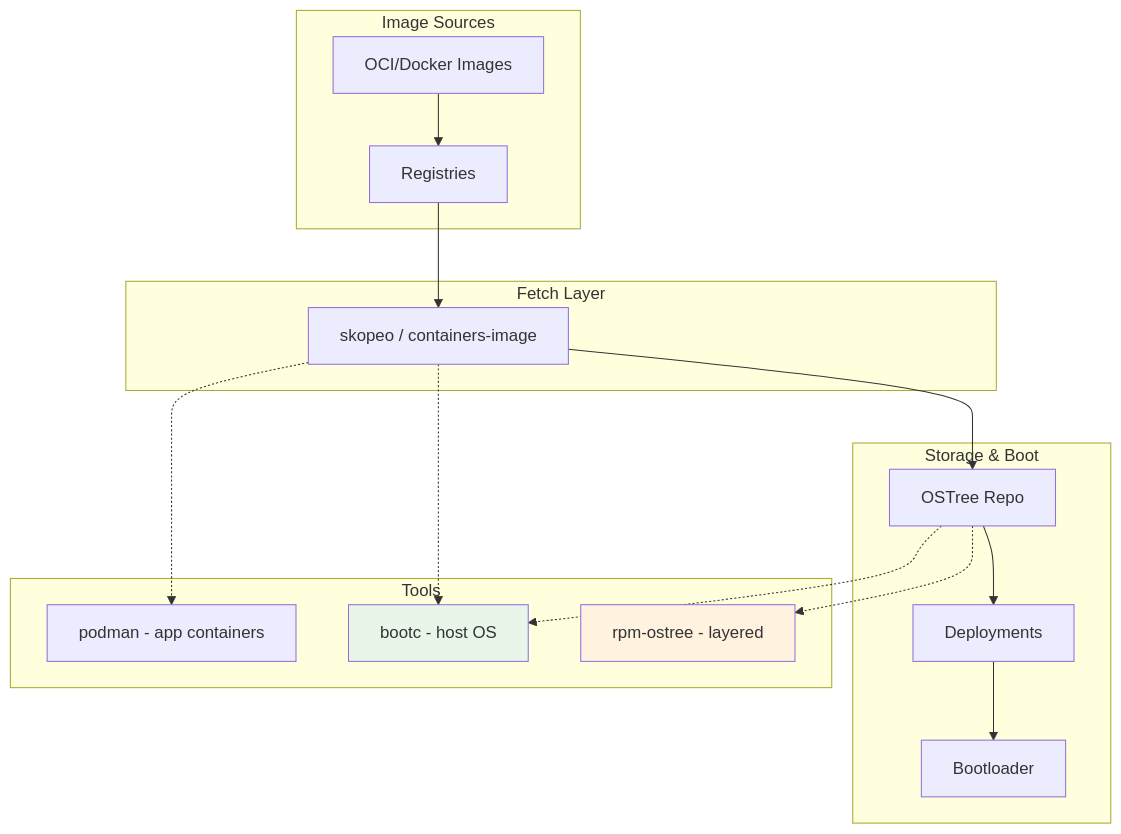
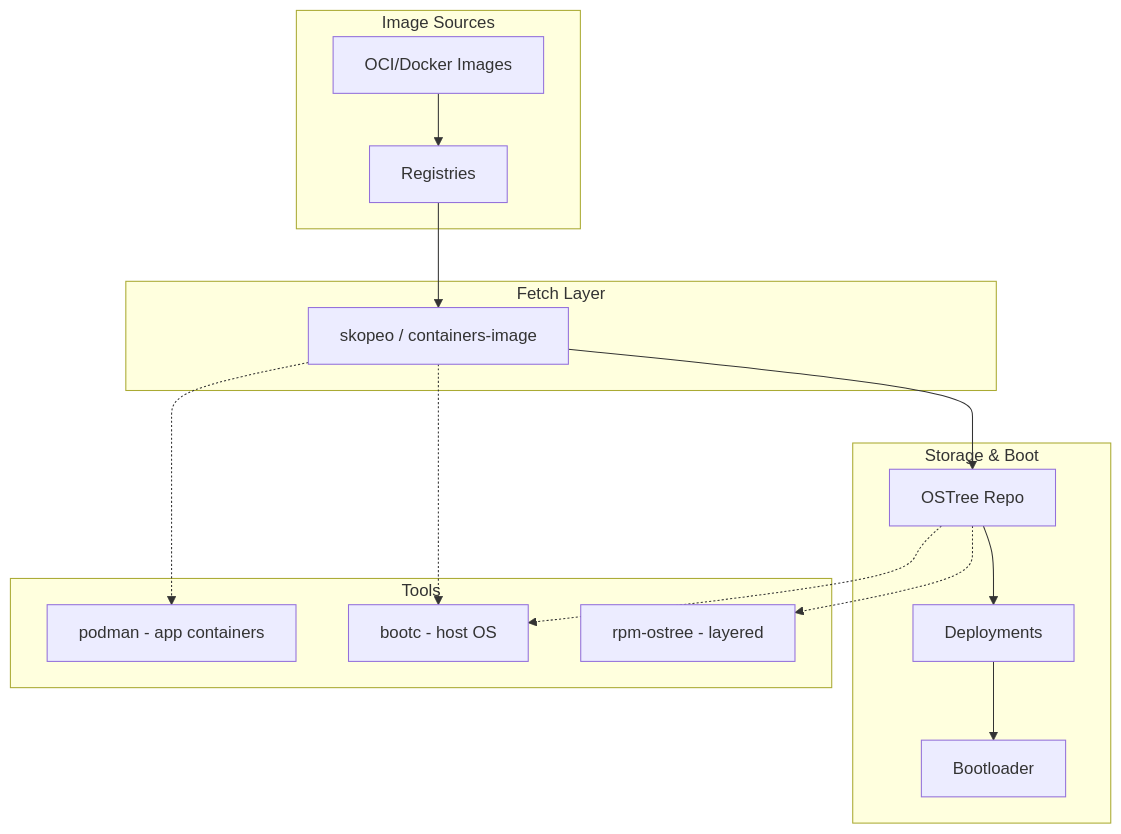
Before and after one commit to duyhenryer/bootc-testboot: the diagram in docs/010-relationships.md, drawn with Mermaid. The commit also changed 24 other files, not shown here.

````diff
--- a/docs/010-relationships.md
+++ b/docs/010-relationships.md
@@ -138,36 +138,33 @@
 ```mermaid
 flowchart TB
     subgraph Images["Image Sources"]
         OCI[OCI/Docker Images]
         REG[Registries]
         OCI --> REG
     end
 
     subgraph Fetch["Fetch Layer"]
         SKOPEO[skopeo / containers-image]
         REG --> SKOPEO
     end
 
     subgraph Storage["Storage & Boot"]
         OSTREE[OSTree Repo]
         DEPLOY[Deployments]
         GRUB[Bootloader]
         SKOPEO --> OSTREE
         OSTREE --> DEPLOY
         DEPLOY --> GRUB
     end
 
     subgraph Tools["Tools"]
         PODMAN[podman - app containers]
         BOOTC[bootc - host OS]
         RPMOSTREE[rpm-ostree - layered]
     end
 
     SKOPEO -.-> PODMAN
     SKOPEO -.-> BOOTC
     OSTREE -.-> BOOTC
     OSTREE -.-> RPMOSTREE
-
-    style BOOTC fill:#e8f5e9
-    style RPMOSTREE fill:#fff3e0
 ```
````
